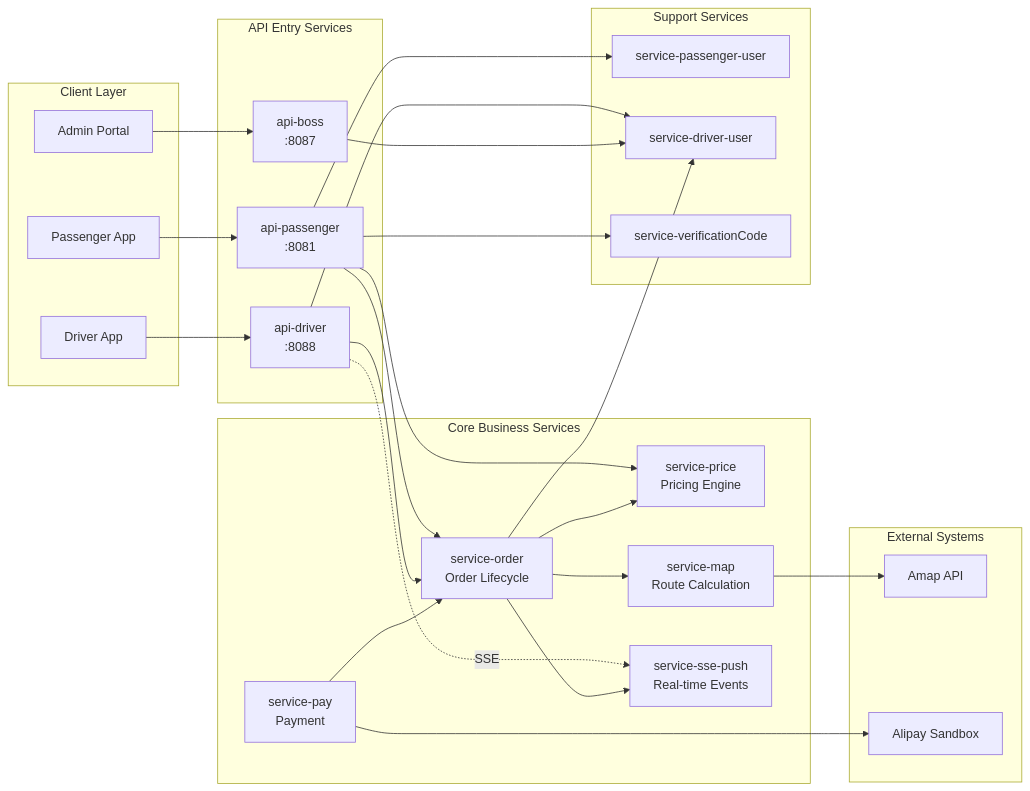
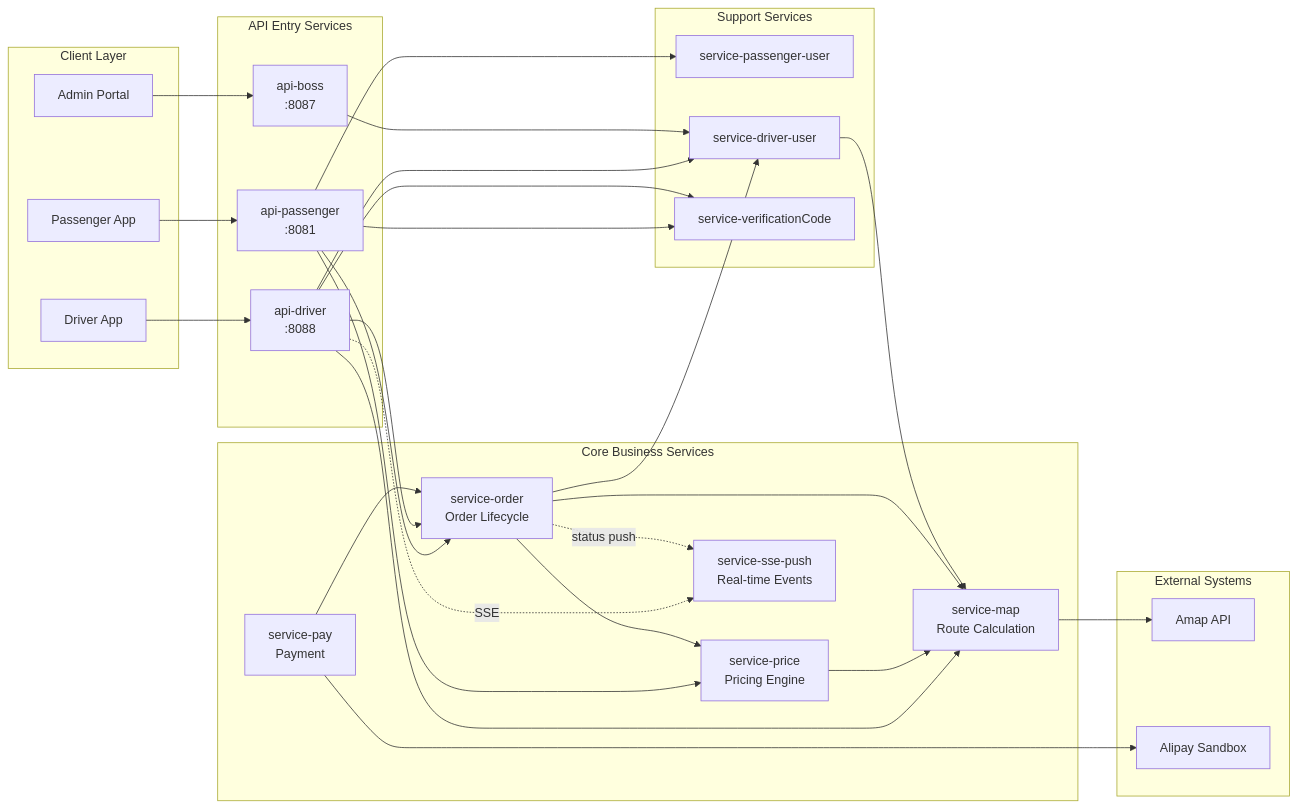
The first of 3 diagrams in README.md (Ninika369/Fly_Taxi), drawn with Mermaid before and after one commit.

Commit message:
docs: fix 5 missing/incorrect connections in architecture overview diagram

````diff
--- a/README.md
+++ b/README.md
@@ -29,47 +29,51 @@
 ```mermaid
 flowchart LR
     subgraph Clients["Client Layer"]
         P[Passenger App]
         D[Driver App]
         A[Admin Portal]
     end
     subgraph API["API Entry Services"]
         AP[api-passenger<br/>:8081]
         AD[api-driver<br/>:8088]
         AB[api-boss<br/>:8087]
     end
     subgraph Core["Core Business Services"]
         O[service-order<br/>Order Lifecycle]
         PR[service-price<br/>Pricing Engine]
         M[service-map<br/>Route Calculation]
         EV[service-sse-push<br/>Real-time Events]
         PAY[service-pay<br/>Payment]
     end
     subgraph Support["Support Services"]
         PU[service-passenger-user]
         DU[service-driver-user]
         VC[service-verificationCode]
     end
     subgraph External["External Systems"]
         AM[Amap API]
         AL[Alipay Sandbox]
     end
     P --> AP
     D --> AD
     A --> AB
     AP --> O
     AP --> PR
     AP --> PU
     AP --> VC
     AD --> O
     AD --> DU
+    AD --> M
+    AD --> VC
     AD -. SSE .-> EV
     AB --> DU
+    PR --> M
     O --> PR
     O --> M
     O --> DU
-    O --> EV
+    O -. status push .-> EV
+    DU --> M
     PAY --> O
     M --> AM
     PAY --> AL
 ```
````
